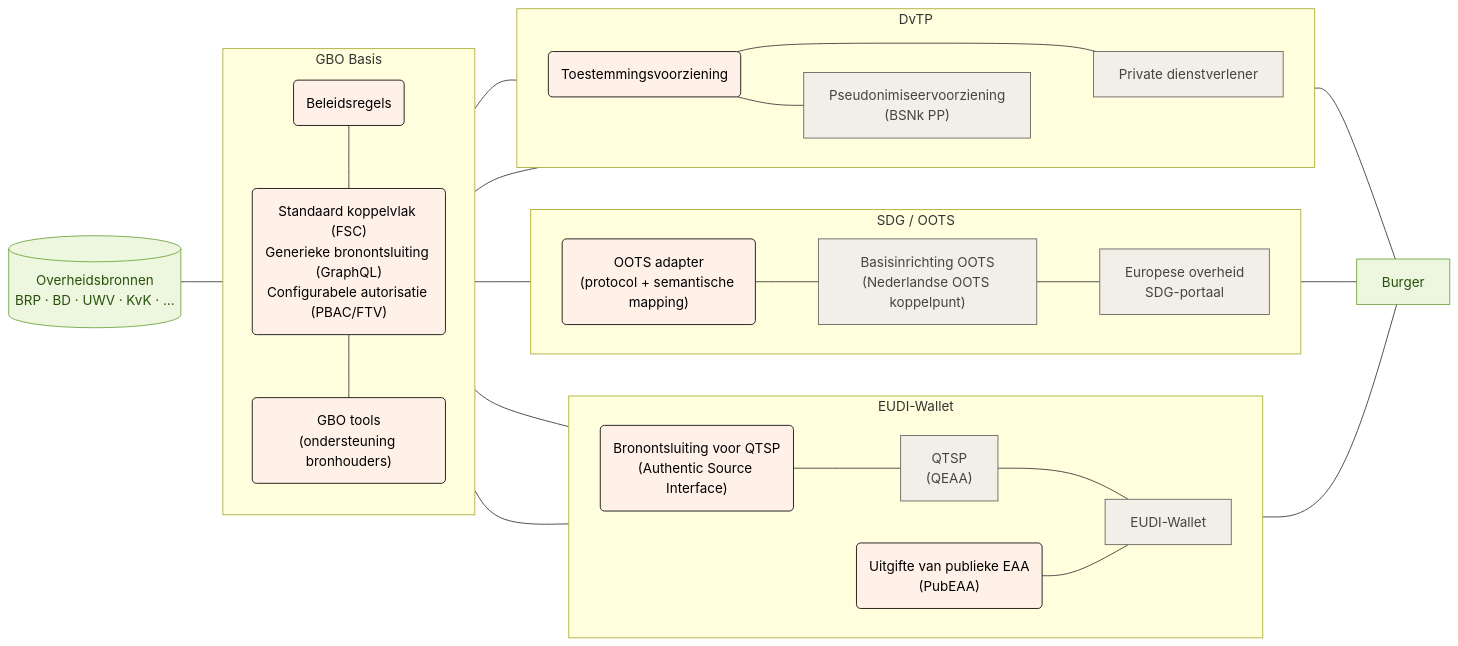
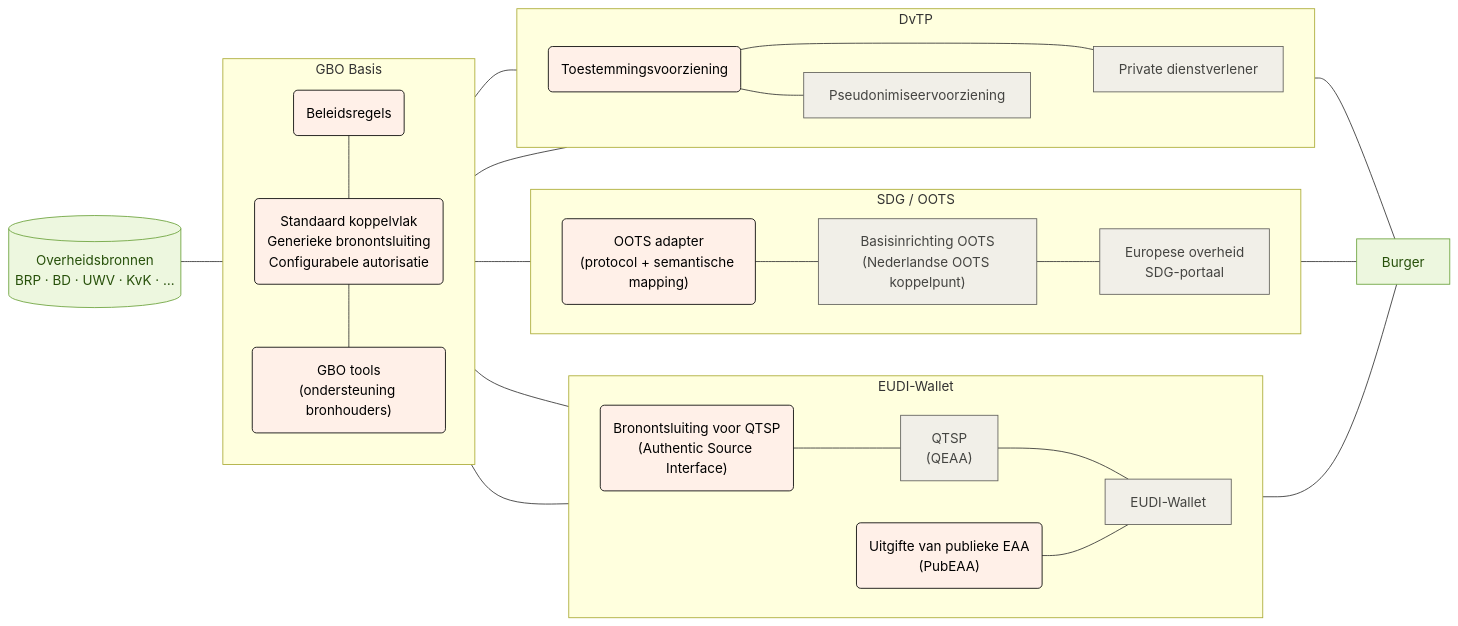
The diagram in main/diagrammen/gbo_swimlanes_simpel.mmd (ICTU/GBO-GO), drawn with Mermaid before and after one commit. The commit also changed 3 other files, not shown here.

```diff
--- a/main/diagrammen/gbo_swimlanes_simpel.mmd
+++ b/main/diagrammen/gbo_swimlanes_simpel.mmd
@@ -1,67 +1,67 @@
 flowchart LR
   subgraph gbo["GBO Basis"]
     direction TB
         fsc_pap("Beleidsregels")
-        fsc("Standaard koppelvlak (FSC)<br/>Generieke bronontsluiting (GraphQL)<br/>Configurabele autorisatie (PBAC/FTV)")
+        fsc("Standaard koppelvlak<br/>Generieke bronontsluiting<br/>Configurabele autorisatie")
         fsc_tools("GBO tools<br/>(ondersteuning bronhouders)")
   end
   subgraph eudi["EUDI-Wallet"]
     direction LR
         eudi_asi("Bronontsluiting voor QTSP<br/>(Authentic Source Interface)")
         eudi_pubeaa("Uitgifte van publieke EAA<br/>(PubEAA)")
         eudi_qeaa["QTSP<br/>(QEAA)"]
         eudi_wallet["EUDI-Wallet"]
   end
   subgraph oots["SDG / OOTS"]
     direction LR
         oots_adapter("OOTS adapter<br/>(protocol + semantische mapping)")
         oots_basis["Basisinrichting OOTS<br/>(Nederlandse OOTS koppelpunt)"]
         oots_afnemer["Europese overheid<br/>SDG-portaal"]
   end
   subgraph dvtp["DvTP"]
     direction LR
         dvtp_toestemming("Toestemmingsvoorziening")
-        dvtp_pseudoniem["Pseudonimiseervoorziening<br/>(BSNk PP)"]
+        dvtp_pseudoniem["Pseudonimiseervoorziening"]
         dvtp_afnemer["Private dienstverlener"]
   end
 
   fsc_pap --- fsc
   fsc --- fsc_tools
   bron[("Overheidsbronnen<br/>BRP · BD · UWV · KvK · …")] --- gbo
   eudi_asi --- eudi_qeaa
   eudi_qeaa --- eudi_wallet
   gbo --- eudi_asi & eudi_pubeaa & oots_adapter & dvtp_afnemer
   eudi_pubeaa --- eudi_wallet
   oots_adapter --- oots_basis
   oots_basis --- oots_afnemer
   gbo --- dvtp_toestemming
   dvtp_toestemming --- dvtp_afnemer
   dvtp_toestemming --- dvtp_pseudoniem
   dvtp_pseudoniem ~~~ dvtp_afnemer
   eudi_wallet --- burger["Burger"]
   oots_afnemer --- burger
   dvtp_afnemer --- burger
 
   fsc_pap:::gbo
   fsc:::gbo
   fsc_tools:::gbo
   eudi_asi:::gbo
   eudi_pubeaa:::gbo
   eudi_qeaa:::eudi
   eudi_wallet:::eudi
   oots_adapter:::gbo
   oots_basis:::oots
   oots_afnemer:::oots
   dvtp_toestemming:::gbo
   dvtp_pseudoniem:::dvtp
   dvtp_afnemer:::dvtp
   bron:::bron
   burger:::burger
 
   classDef bron fill:#edf7df,stroke:#6aa13a,color:#27500a
   classDef generiek fill:#f1efe8,stroke:#5f5e5a,color:#444441
   classDef eudi fill:#f1efe8,stroke:#5f5e5a,color:#444441
   classDef oots fill:#f1efe8,stroke:#5f5e5a,color:#444441
   classDef dvtp fill:#f1efe8,stroke:#5f5e5a,color:#444441
   classDef gbo fill:#fff0e8,stroke:#000000,color:#000000
   classDef burger fill:#edf7df,stroke:#6aa13a,color:#27500a
```
